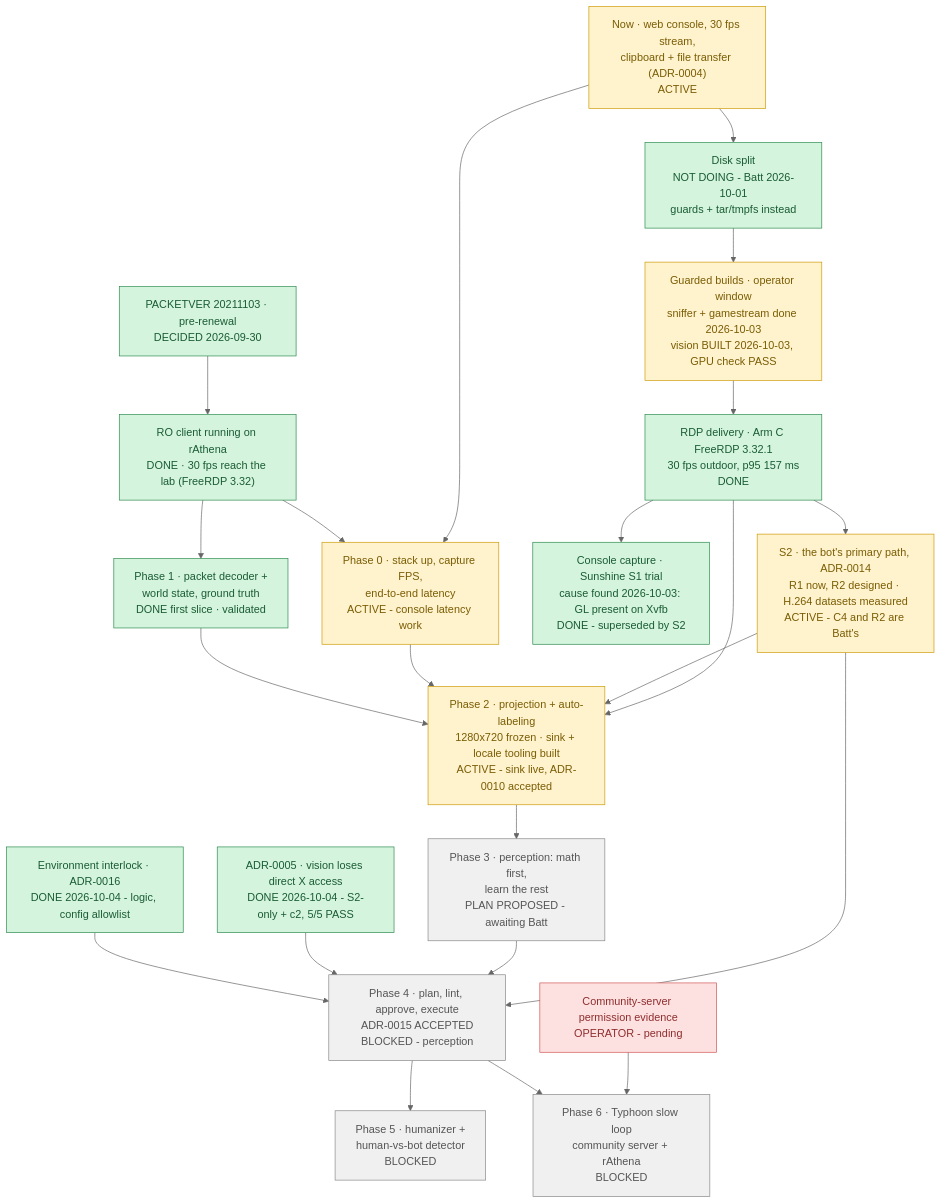
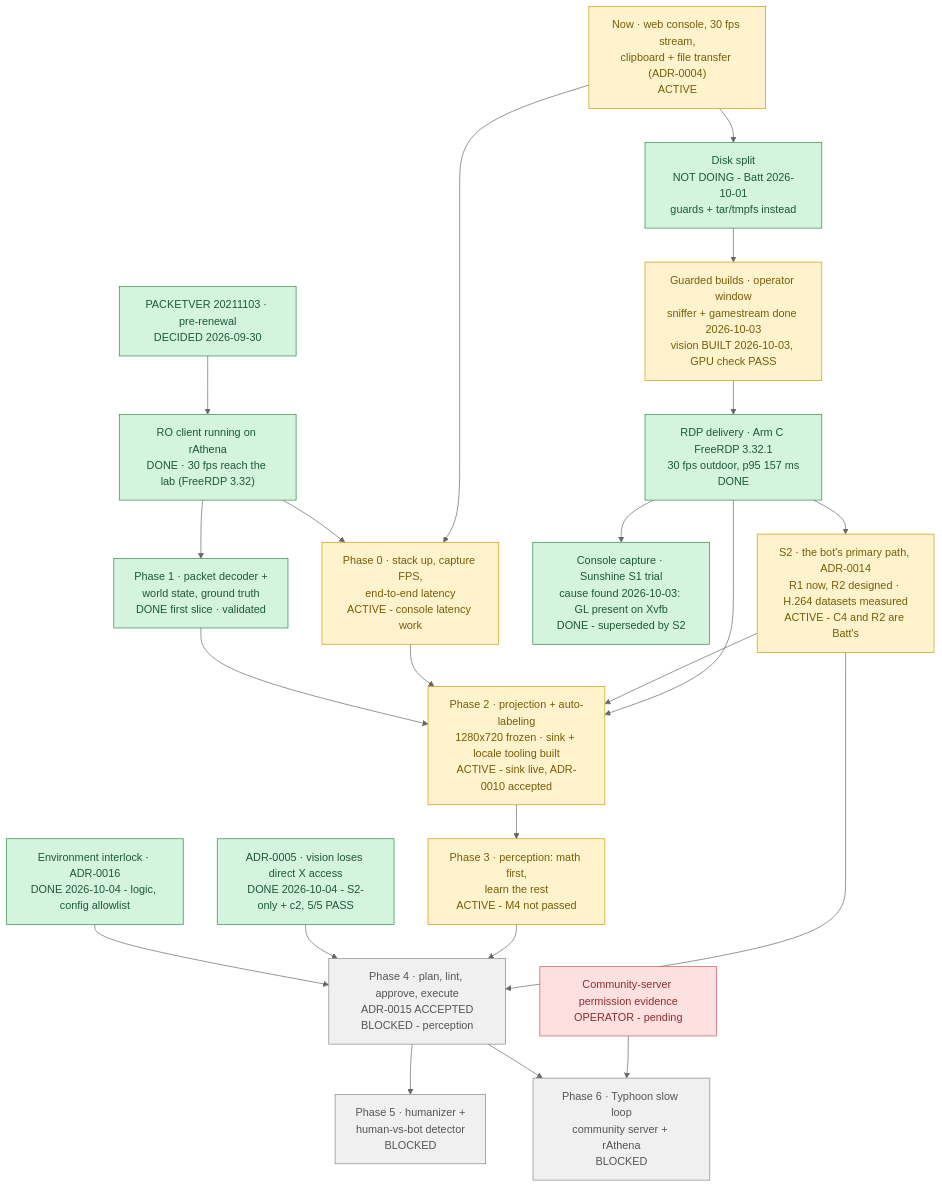
The diagram in docs/ROADMAP.md (lumduan/poring-lab), drawn with Mermaid (neutral theme) before and after one commit. The commit also changed other lines of this file and 1 other file, not shown here.

First line of the commit message:
docs(phase3): M4 recorded but NOT passed -- results + diagnosis (§5a); M7 first crowd block; roadmap current

````diff
--- a/docs/ROADMAP.md
+++ b/docs/ROADMAP.md
@@ -11,53 +11,54 @@
 ```mermaid
 flowchart TD
     N1["Now · web console, 30 fps stream,<br/>clipboard + file transfer (ADR-0004)<br/>ACTIVE"]
     N2["Disk split<br/>NOT DOING - Batt 2026-10-01<br/>guards + tar/tmpfs instead"]
     N3["Guarded builds · operator window<br/>sniffer + gamestream done 2026-10-03<br/>vision BUILT 2026-10-03, GPU check PASS"]
     D1["PACKETVER 20211103 · pre-renewal<br/>DECIDED 2026-09-30"]
     S1["RO client running on rAthena<br/>DONE · 30 fps reach the lab (FreeRDP 3.32)"]
     D2["ADR-0005 · vision loses direct X access<br/>DONE 2026-10-04 - S2-only + c2, 5/5 PASS"]
     D3["Environment interlock · ADR-0016<br/>DONE 2026-10-04 - logic, config allowlist"]
     E1["Community-server permission evidence<br/>OPERATOR - pending"]
     P0["Phase 0 · stack up, capture FPS,<br/>end-to-end latency<br/>ACTIVE - console latency work"]
     P1["Phase 1 · packet decoder +<br/>world state, ground truth<br/>DONE first slice · validated"]
     H1["RDP delivery · Arm C FreeRDP 3.32.1<br/>30 fps outdoor, p95 157 ms<br/>DONE"]
     C1["Console capture · Sunshine S1 trial<br/>cause found 2026-10-03: GL present on Xvfb<br/>DONE - superseded by S2"]
     S2["S2 · the bot's primary path, ADR-0014<br/>R1 now, R2 designed · H.264 datasets measured<br/>ACTIVE - C4 and R2 are Batt's"]
     P2["Phase 2 · projection + auto-labeling<br/>1280x720 frozen · sink + locale tooling built<br/>ACTIVE - sink live, ADR-0010 accepted"]
-    P3["Phase 3 · perception: math first,<br/>learn the rest<br/>PLAN PROPOSED - awaiting Batt"]
+    P3["Phase 3 · perception: math first,<br/>learn the rest<br/>ACTIVE - M4 not passed"]
     P4["Phase 4 · plan, lint, approve, execute<br/>ADR-0015 ACCEPTED<br/>BLOCKED - perception"]
     P5["Phase 5 · humanizer +<br/>human-vs-bot detector<br/>BLOCKED"]
     P6["Phase 6 · Typhoon slow loop<br/>community server + rAthena<br/>BLOCKED"]
 
     N1 --> N2 --> N3
     N3 --> H1
     H1 --> C1
     H1 --> S2
     H1 --> P2
     S2 --> P2
     S2 --> P4
     D1 --> S1
     N1 --> P0
     S1 --> P0
     S1 --> P1
     P0 --> P2
     P1 --> P2
     P2 --> P3 --> P4
     D2 --> P4
     D3 --> P4
     E1 --> P6
     P4 --> P5
     P4 --> P6
 
     classDef done     fill:#d4f4dd,stroke:#2d8a4e,color:#1a5c33
     classDef active   fill:#fff3cd,stroke:#cc9a06,color:#7a5c04
     classDef ready    fill:#d6e9ff,stroke:#3b7dd8,color:#1e4d8f
     classDef blocked  fill:#f0f0f0,stroke:#888,color:#555
     classDef decision fill:#fde0e0,stroke:#d05555,color:#8f2e2e
     classDef goal     fill:#ede0fb,stroke:#8a5cd8,color:#4d2e8f
 
     class D1,S1,P1,N2,H1,C1,D2,D3 done
     class N1,P0,P2,S2,N3 active
     class E1 decision
-    class P3,P4,P5,P6 blocked
+    class P4,P5,P6 blocked
+    class P3 active
 ```
````
